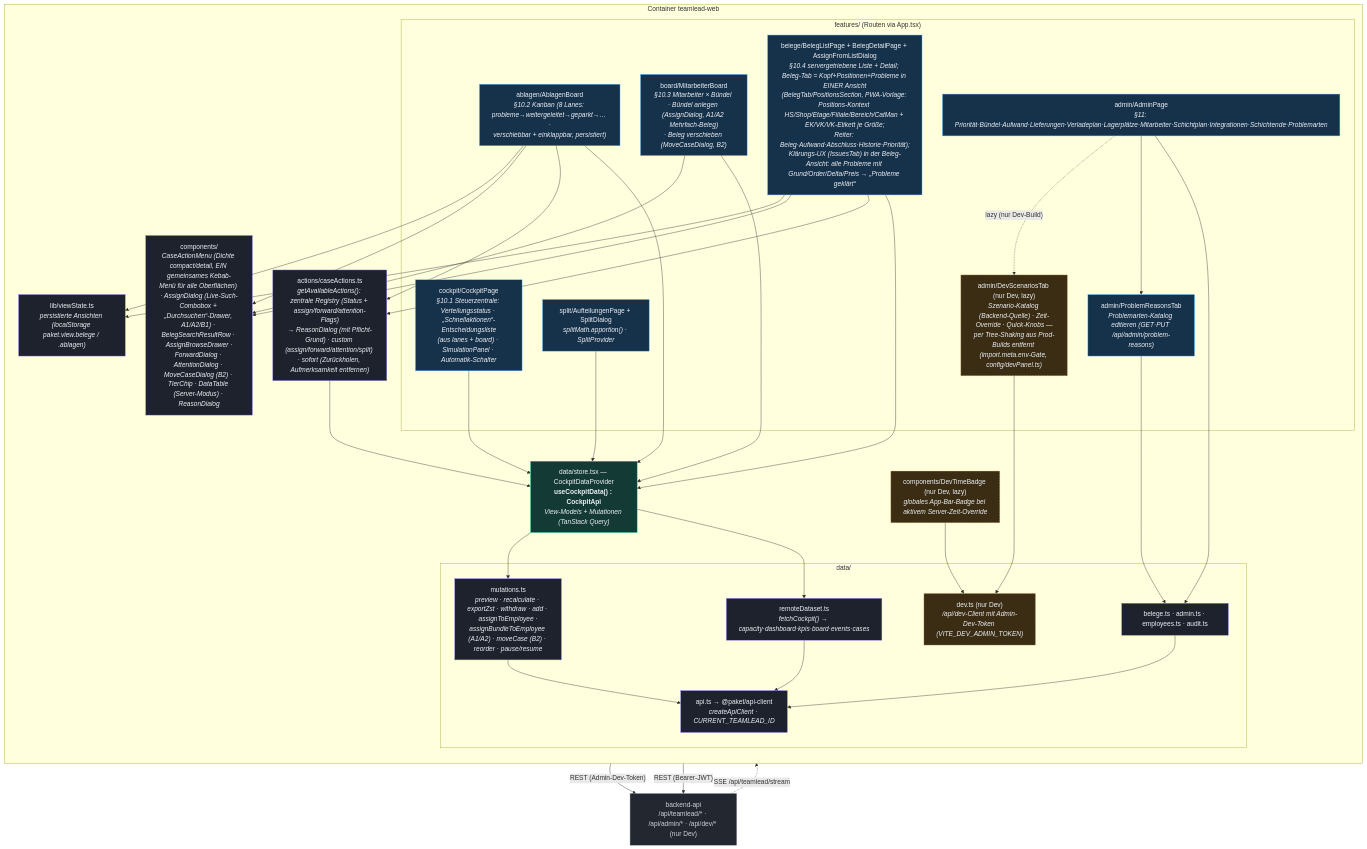
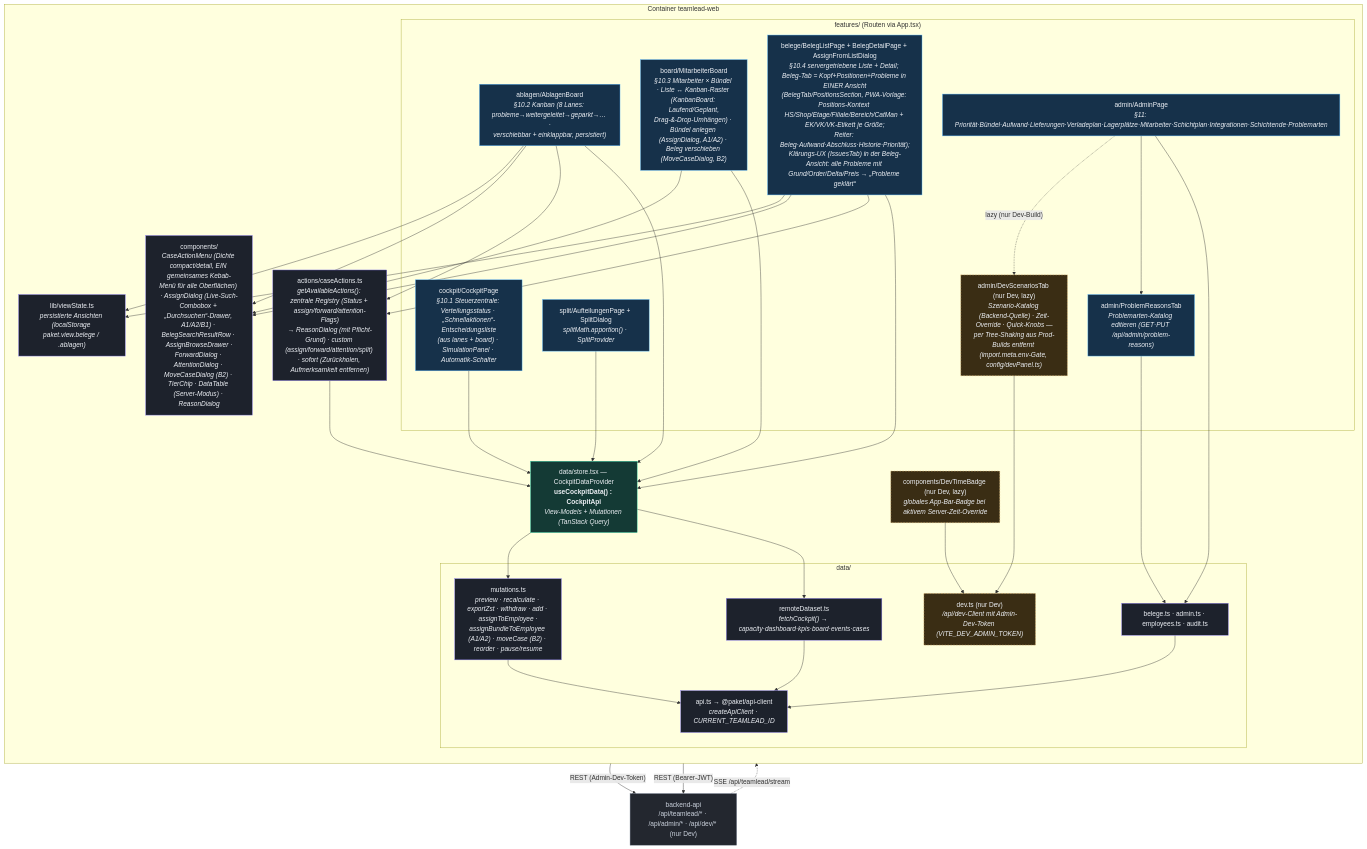
One commit to officialoniichat/paketdispov2 changed the diagram in docs/architecture/src/c3-teamlead-components.mmd. Above: the diagram before and after it, drawn with Mermaid. The commit also changed 10 other files, not shown here.

```diff
--- a/docs/architecture/src/c3-teamlead-components.mmd
+++ b/docs/architecture/src/c3-teamlead-components.mmd
@@ -1,64 +1,64 @@
 %% C4 Ebene 3 — Komponenten: teamlead-web (React + Vite + MUI, TanStack Query)
 %% Verifiziert gegen apps/teamlead-web/src/* (features/, data/, actions/, components/).
 flowchart TB
     classDef feat fill:#16314a,stroke:#56b6ff,color:#eef1f6;
     classDef store fill:#143a35,stroke:#2dd4a7,color:#eef1f6;
     classDef logic fill:#1d222c,stroke:#8b7cf6,color:#eef1f6;
     classDef ext fill:#23272f,stroke:#7c8696,color:#cbd2dd;
     classDef dev fill:#3a2d14,stroke:#e5b567,color:#eef1f6,stroke-dasharray:4 3;
 
     api["backend-api<br/>/api/teamlead/* · /api/admin/* · /api/dev/* (nur Dev)"]:::ext
 
     subgraph web["Container teamlead-web"]
         direction TB
         subgraph features["features/ (Routen via App.tsx)"]
             cockpit["cockpit/CockpitPage<br/><i>§10.1 Steuerzentrale: Verteilungsstatus · „Schnellaktionen“-Entscheidungsliste<br/>(aus lanes + board) · SimulationPanel · Automatik-Schalter</i>"]:::feat
             ablagen["ablagen/AblagenBoard<br/><i>§10.2 Kanban (8 Lanes: probleme→weitergeleitet→geparkt→… ·<br/>verschiebbar + einklappbar, persistiert)</i>"]:::feat
-            board["board/MitarbeiterBoard<br/><i>§10.3 Mitarbeiter × Bündel · Bündel anlegen (AssignDialog, A1/A2 Mehrfach-Beleg)<br/>· Beleg verschieben (MoveCaseDialog, B2)</i>"]:::feat
+            board["board/MitarbeiterBoard<br/><i>§10.3 Mitarbeiter × Bündel · Liste ↔ Kanban-Raster (KanbanBoard: Laufend/Geplant,<br/>Drag-&amp;-Drop-Umhängen) · Bündel anlegen (AssignDialog, A1/A2) · Beleg verschieben (MoveCaseDialog, B2)</i>"]:::feat
             belege["belege/BelegListPage + BelegDetailPage + AssignFromListDialog<br/><i>§10.4 servergetriebene Liste + Detail; Beleg-Tab = Kopf+Positionen+Probleme in EINER Ansicht<br/>(BelegTab/PositionsSection, PWA-Vorlage: Positions-Kontext HS/Shop/Etage/Filiale/Bereich/CatMan + EK/VK/VK-Etikett je Größe;<br/>Reiter: Beleg·Aufwand·Abschluss·Historie·Priorität);<br/>Klärungs-UX (IssuesTab) in der Beleg-Ansicht: alle Probleme mit Grund/Order/Delta/Preis → „Probleme geklärt“</i>"]:::feat
             split["split/AufteilungenPage + SplitDialog<br/><i>splitMath.apportion() · SplitProvider</i>"]:::feat
             admin["admin/AdminPage<br/><i>§11: Priorität·Bündel·Aufwand·Lieferungen·Verladeplan·Lagerplätze·Mitarbeiter·Schichtplan·Integrationen·Schichtende·Problemarten</i>"]:::feat
             problemTab["admin/ProblemReasonsTab<br/><i>Problemarten-Katalog editieren (GET·PUT /api/admin/problem-reasons)</i>"]:::feat
             devtab["admin/DevScenariosTab (nur Dev, lazy)<br/><i>Szenario-Katalog (Backend-Quelle) · Zeit-Override · Quick-Knobs —<br/>per Tree-Shaking aus Prod-Builds entfernt (import.meta.env-Gate, config/devPanel.ts)</i>"]:::dev
         end
         devbadge["components/DevTimeBadge (nur Dev, lazy)<br/><i>globales App-Bar-Badge bei aktivem Server-Zeit-Override</i>"]:::dev
         store["data/store.tsx — CockpitDataProvider<br/><b>useCockpitData() : CockpitApi</b><br/><i>View-Models + Mutationen (TanStack Query)</i>"]:::store
         subgraph datal["data/"]
             remote["remoteDataset.ts<br/><i>fetchCockpit() → capacity·dashboard·kpis·board·events·cases</i>"]:::logic
             belegeData["belege.ts · admin.ts · employees.ts · audit.ts"]:::logic
             devData["dev.ts (nur Dev)<br/><i>/api/dev-Client mit Admin-Dev-Token (VITE_DEV_ADMIN_TOKEN)</i>"]:::dev
             mutations["mutations.ts<br/><i>preview · recalculate · exportZst · withdraw · add · assignToEmployee ·<br/>assignBundleToEmployee (A1/A2) · moveCase (B2) · reorder · pause/resume</i>"]:::logic
             apiClient["api.ts → @paket/api-client<br/><i>createApiClient · CURRENT_TEAMLEAD_ID</i>"]:::logic
         end
         actions["actions/caseActions.ts<br/><i>getAvailableActions(): zentrale Registry (Status + assign/forward/attention-Flags)<br/>→ ReasonDialog (mit Pflicht-Grund) · custom (assign/forward/attention/split) · sofort (Zurückholen, Aufmerksamkeit entfernen)</i>"]:::logic
         shared["components/<br/><i>CaseActionMenu (Dichte compact/detail, EIN gemeinsames Kebab-Menü für alle Oberflächen) · AssignDialog (Live-Such-Combobox + „Durchsuchen“-Drawer, A1/A2/B1) · BelegSearchResultRow · AssignBrowseDrawer ·<br/>ForwardDialog · AttentionDialog · MoveCaseDialog (B2) · TierChip · DataTable (Server-Modus) · ReasonDialog</i>"]:::logic
         viewState["lib/viewState.ts<br/><i>persistierte Ansichten (localStorage paket.view.belege / .ablagen)</i>"]:::logic
     end
 
     cockpit --> store
     ablagen --> store
     board --> store
     belege --> store
     split --> store
     admin --> belegeData
     admin --> problemTab
     problemTab --> belegeData
     admin -. "lazy (nur Dev-Build)" .-> devtab
     devtab --> devData
     devbadge --> devData
     devData -->|"REST (Admin-Dev-Token)"| api
     ablagen --> actions
     belege --> actions
     actions --> store
     board --> shared
     ablagen --> shared
     belege --> shared
     ablagen --> viewState
     belege --> viewState
     store --> remote
     store --> mutations
     remote --> apiClient
     mutations --> apiClient
     belegeData --> apiClient
     apiClient -->|"REST (Bearer-JWT)"| api
     api -. "SSE /api/teamlead/stream" .-> store
```
